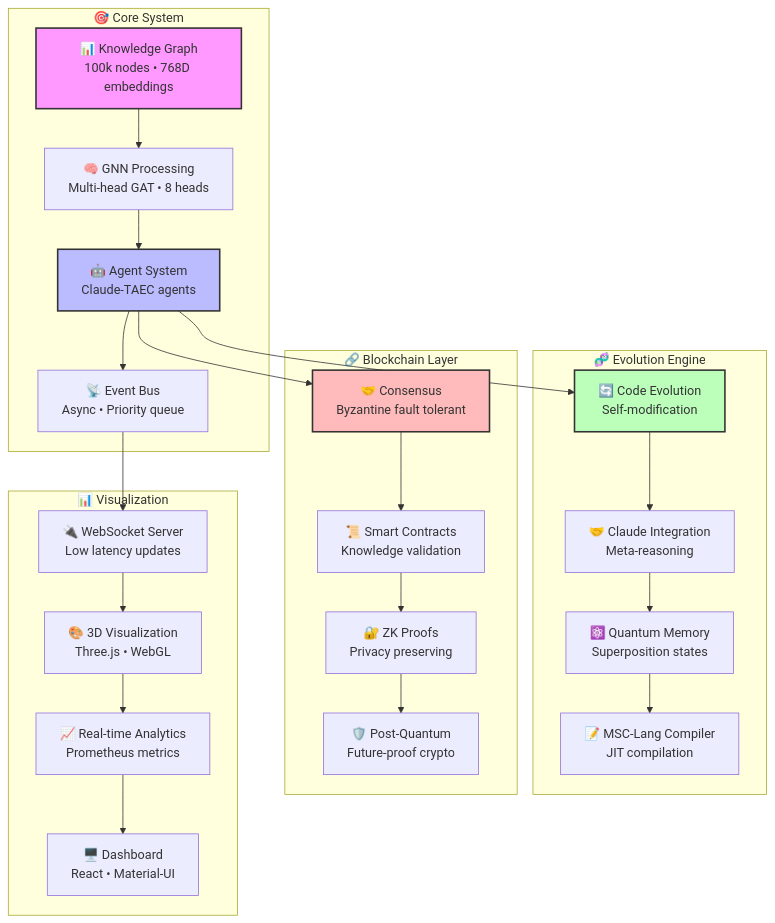
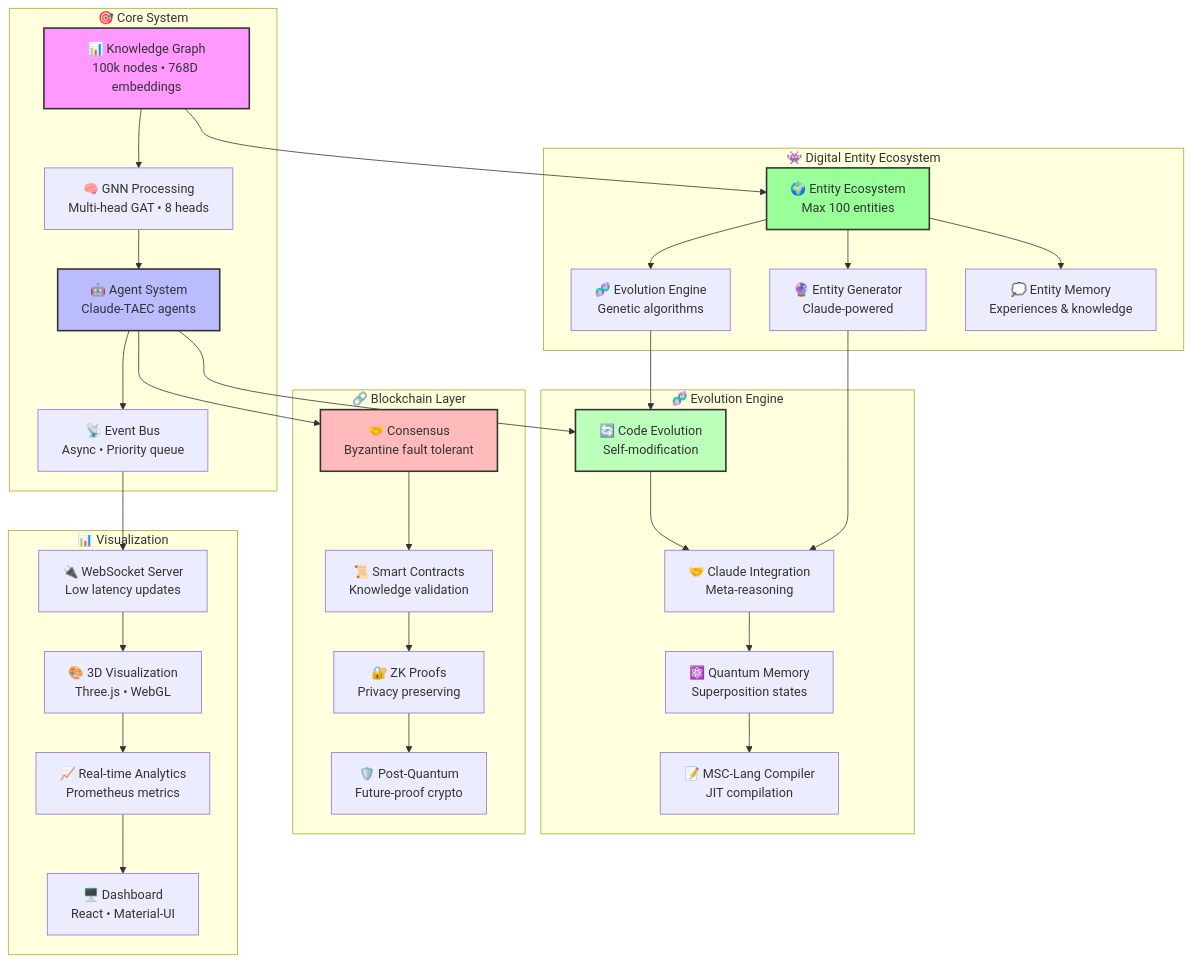
The first of 2 diagrams in README.md (esraderey/synth-msc), drawn with Mermaid before and after one commit. The commit also changed other lines of this file, not shown here.

````diff
--- a/README.md
+++ b/README.md
@@ -108,51 +141,67 @@
 ```mermaid
 graph TB
     subgraph "🎯 Core System"
         KG[📊 Knowledge Graph<br/>100k nodes • 768D embeddings]
         GNN[🧠 GNN Processing<br/>Multi-head GAT • 8 heads]
         AS[🤖 Agent System<br/>Claude-TAEC agents]
         EB[📡 Event Bus<br/>Async • Priority queue]
+    end
+    
+    subgraph "👾 Digital Entity Ecosystem"
+        EE[🌍 Entity Ecosystem<br/>Max 100 entities]
+        EG[🔮 Entity Generator<br/>Claude-powered]
+        EP[🧬 Evolution Engine<br/>Genetic algorithms]
+        EM[💭 Entity Memory<br/>Experiences & knowledge]
     end
     
     subgraph "🧬 Evolution Engine"
         CE[🔄 Code Evolution<br/>Self-modification]
         CI[🤝 Claude Integration<br/>Meta-reasoning]
         QM[⚛️ Quantum Memory<br/>Superposition states]
         MC[📝 MSC-Lang Compiler<br/>JIT compilation]
     end
     
     subgraph "🔗 Blockchain Layer"
         CO[🤝 Consensus<br/>Byzantine fault tolerant]
         SC[📜 Smart Contracts<br/>Knowledge validation]
         ZK[🔐 ZK Proofs<br/>Privacy preserving]
         PQ[🛡️ Post-Quantum<br/>Future-proof crypto]
     end
     
     subgraph "📊 Visualization"
         V3[🎨 3D Visualization<br/>Three.js • WebGL]
         RA[📈 Real-time Analytics<br/>Prometheus metrics]
         WS[🔌 WebSocket Server<br/>Low latency updates]
         DA[🖥️ Dashboard<br/>React • Material-UI]
     end
     
     KG --> GNN
     GNN --> AS
     AS --> EB
     AS --> CE
+    
+    KG --> EE
+    EE --> EG
+    EE --> EP
+    EE --> EM
+    EG --> CI
+    EP --> CE
+    
     CE --> CI
     CI --> QM
     QM --> MC
     AS --> CO
     CO --> SC
     SC --> ZK
     ZK --> PQ
     EB --> WS
     WS --> V3
     V3 --> RA
     RA --> DA
     
     style KG fill:#f9f,stroke:#333,stroke-width:2px
     style AS fill:#bbf,stroke:#333,stroke-width:2px
+    style EE fill:#9f9,stroke:#333,stroke-width:2px
     style CE fill:#bfb,stroke:#333,stroke-width:2px
     style CO fill:#fbb,stroke:#333,stroke-width:2px
 ```
````
